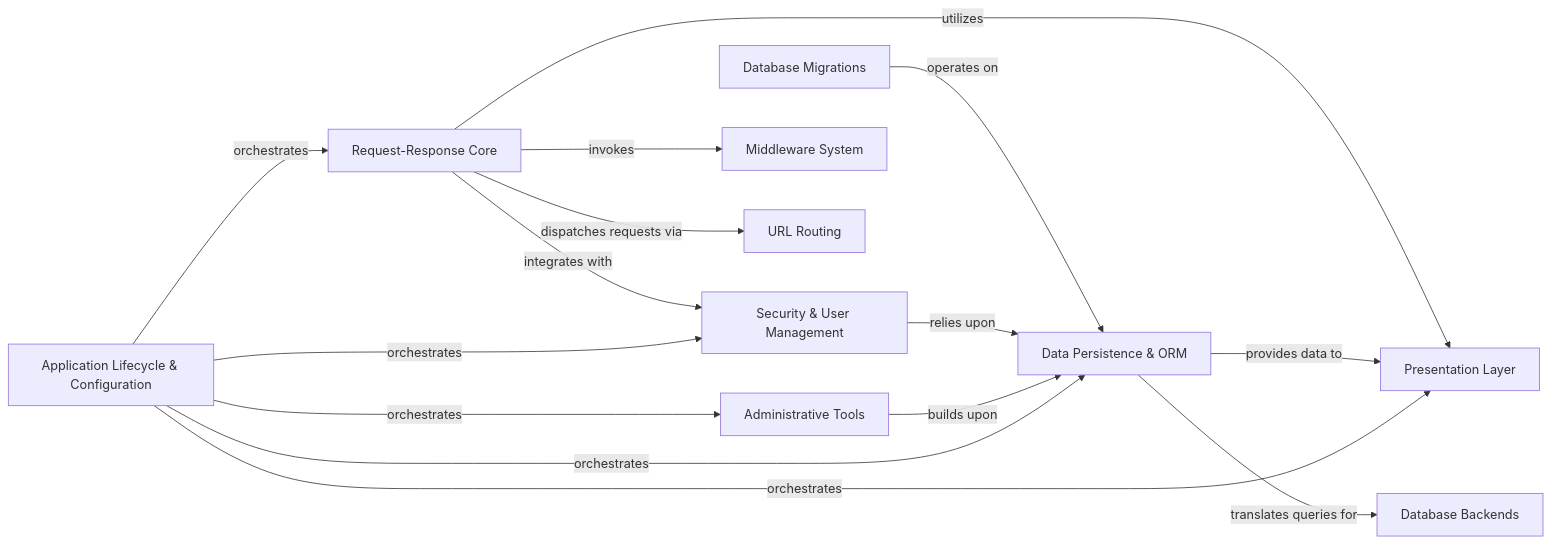
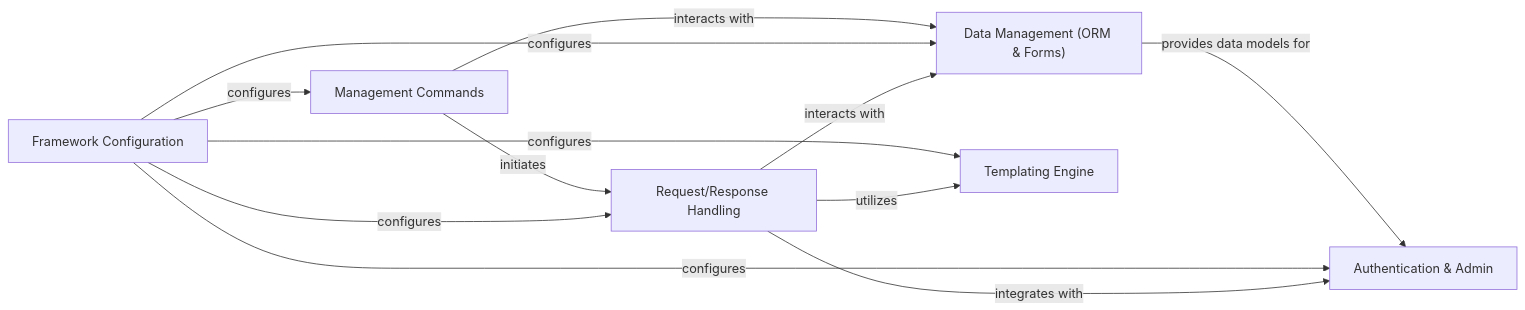
One commit to CodeBoarding/GeneratedOnBoardings changed the diagram in django/on_boarding.md. Above: the diagram before and after it, drawn with Mermaid. The commit also changed other lines of this file and 14 other files, not shown here.

````diff
--- a/django/on_boarding.md
+++ b/django/on_boarding.md
@@ -1,35 +1,26 @@
 ```mermaid
 graph LR
-    Request_Response_Core["Request-Response Core"]
-    Data_Persistence_ORM["Data Persistence & ORM"]
-    Presentation_Layer["Presentation Layer"]
-    Security_User_Management["Security & User Management"]
-    Administrative_Tools["Administrative Tools"]
-    Application_Lifecycle_Configuration["Application Lifecycle & Configuration"]
-    Middleware_System["Middleware System"]
-    URL_Routing["URL Routing"]
-    Database_Backends["Database Backends"]
-    Database_Migrations["Database Migrations"]
-    Request_Response_Core -- "invokes" --> Middleware_System
-    Request_Response_Core -- "dispatches requests via" --> URL_Routing
-    Request_Response_Core -- "utilizes" --> Presentation_Layer
-    Request_Response_Core -- "integrates with" --> Security_User_Management
-    Data_Persistence_ORM -- "translates queries for" --> Database_Backends
-    Database_Migrations -- "operates on" --> Data_Persistence_ORM
-    Data_Persistence_ORM -- "provides data to" --> Presentation_Layer
-    Security_User_Management -- "relies upon" --> Data_Persistence_ORM
-    Administrative_Tools -- "builds upon" --> Data_Persistence_ORM
-    Application_Lifecycle_Configuration -- "orchestrates" --> Request_Response_Core
-    Application_Lifecycle_Configuration -- "orchestrates" --> Data_Persistence_ORM
-    Application_Lifecycle_Configuration -- "orchestrates" --> Presentation_Layer
-    Application_Lifecycle_Configuration -- "orchestrates" --> Security_User_Management
-    Application_Lifecycle_Configuration -- "orchestrates" --> Administrative_Tools
-    click Data_Persistence_ORM href "https://github.com/CodeBoarding/GeneratedOnBoardings/blob/main/django/Data_Persistence_ORM.md" "Details"
-    click Presentation_Layer href "https://github.com/CodeBoarding/GeneratedOnBoardings/blob/main/django/Presentation_Layer.md" "Details"
-    click Security_User_Management href "https://github.com/CodeBoarding/GeneratedOnBoardings/blob/main/django/Security_User_Management.md" "Details"
-    click Administrative_Tools href "https://github.com/CodeBoarding/GeneratedOnBoardings/blob/main/django/Administrative_Tools.md" "Details"
-    click Application_Lifecycle_Configuration href "https://github.com/CodeBoarding/GeneratedOnBoardings/blob/main/django/Application_Lifecycle_Configuration.md" "Details"
-    click URL_Routing href "https://github.com/CodeBoarding/GeneratedOnBoardings/blob/main/django/URL_Routing.md" "Details"
-    click Database_Backends href "https://github.com/CodeBoarding/GeneratedOnBoardings/blob/main/django/Database_Backends.md" "Details"
-    click Database_Migrations href "https://github.com/CodeBoarding/GeneratedOnBoardings/blob/main/django/Database_Migrations.md" "Details"
+    Request_Response_Handling["Request/Response Handling"]
+    Data_Management_ORM_Forms_["Data Management (ORM & Forms)"]
+    Templating_Engine["Templating Engine"]
+    Framework_Configuration["Framework Configuration"]
+    Authentication_Admin["Authentication & Admin"]
+    Management_Commands["Management Commands"]
+    Request_Response_Handling -- "interacts with" --> Data_Management_ORM_Forms_
+    Request_Response_Handling -- "utilizes" --> Templating_Engine
+    Request_Response_Handling -- "integrates with" --> Authentication_Admin
+    Framework_Configuration -- "configures" --> Request_Response_Handling
+    Framework_Configuration -- "configures" --> Data_Management_ORM_Forms_
+    Framework_Configuration -- "configures" --> Templating_Engine
+    Framework_Configuration -- "configures" --> Authentication_Admin
+    Framework_Configuration -- "configures" --> Management_Commands
+    Data_Management_ORM_Forms_ -- "provides data models for" --> Authentication_Admin
+    Management_Commands -- "interacts with" --> Data_Management_ORM_Forms_
+    Management_Commands -- "initiates" --> Request_Response_Handling
+    click Request_Response_Handling href "https://github.com/CodeBoarding/GeneratedOnBoardings/blob/main/django/Request_Response_Handling.md" "Details"
+    click Data_Management_ORM_Forms_ href "https://github.com/CodeBoarding/GeneratedOnBoardings/blob/main/django/Data_Management_ORM_Forms_.md" "Details"
+    click Templating_Engine href "https://github.com/CodeBoarding/GeneratedOnBoardings/blob/main/django/Templating_Engine.md" "Details"
+    click Framework_Configuration href "https://github.com/CodeBoarding/GeneratedOnBoardings/blob/main/django/Framework_Configuration.md" "Details"
+    click Authentication_Admin href "https://github.com/CodeBoarding/GeneratedOnBoardings/blob/main/django/Authentication_Admin.md" "Details"
+    click Management_Commands href "https://github.com/CodeBoarding/GeneratedOnBoardings/blob/main/django/Management_Commands.md" "Details"
 ```
````
